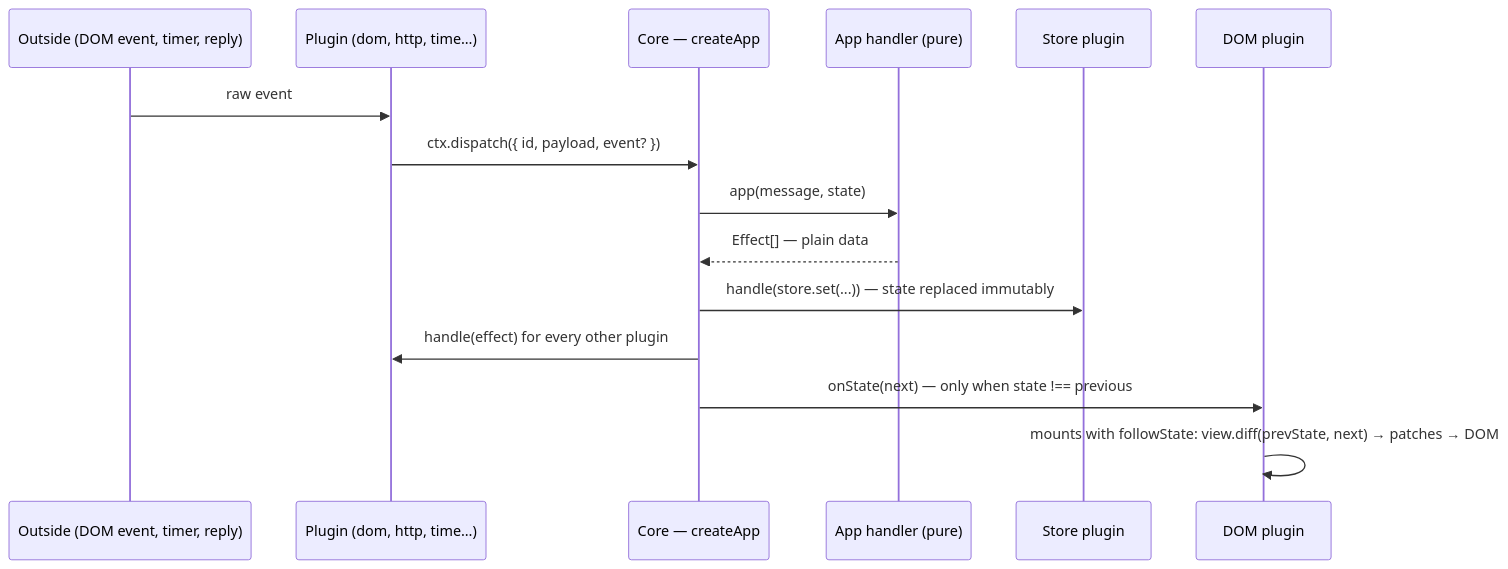
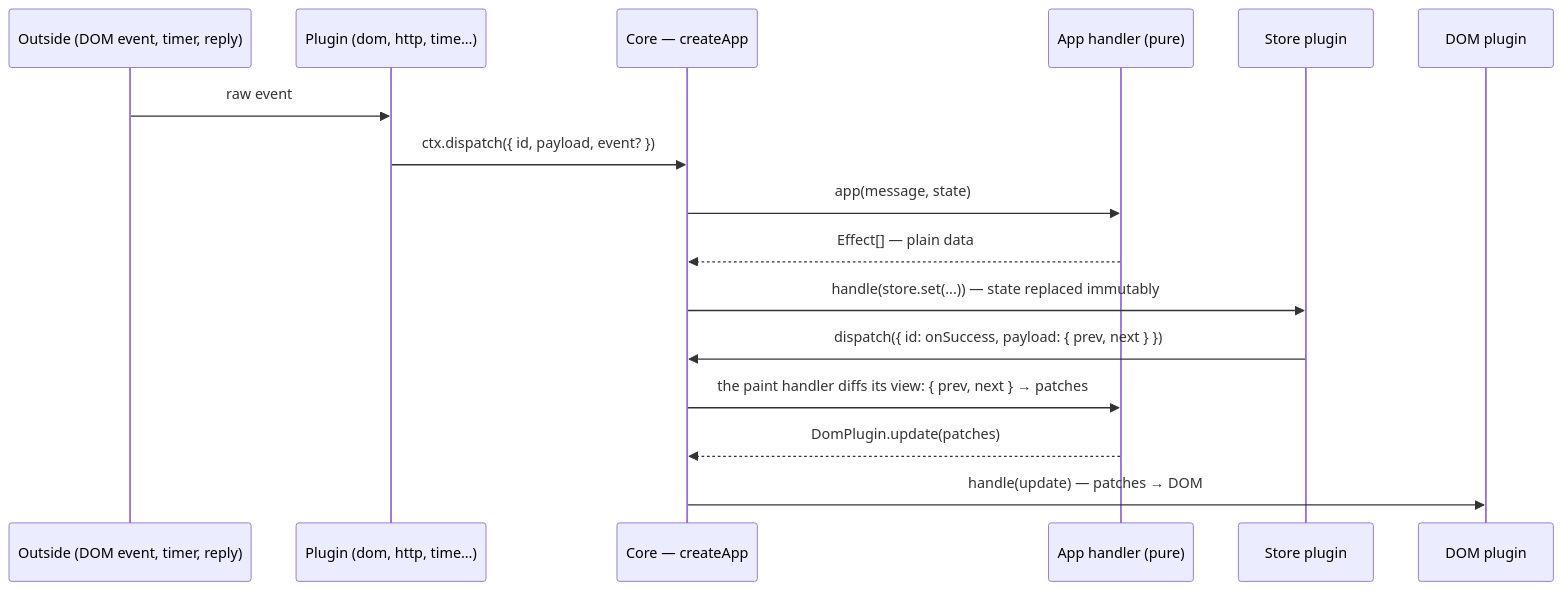
Before and after one commit to rysev-a/pavlus: the second of 4 diagrams in framework/docs/architecture.md, drawn with Mermaid. The commit also changed other lines of this file and 35 other files, not shown here.

Commit message:
framework: DomPlugin is a class (mount/update/unmount with scoped patches), components slice paint payloads, no slot PoC left

````diff
--- a/framework/docs/architecture.md
+++ b/framework/docs/architecture.md
@@ -108,18 +109,19 @@
 ```mermaid
 sequenceDiagram
     participant Src as Outside (DOM event, timer, reply)
     participant P as Plugin (dom, http, time…)
     participant C as Core — createApp
     participant A as App handler (pure)
     participant S as Store plugin
     participant D as DOM plugin
 
     Src->>P: raw event
     P->>C: ctx.dispatch({ id, payload, event? })
     C->>A: app(message, state)
     A-->>C: Effect[] — plain data
     C->>S: handle(store.set(...)) — state replaced immutably
-    C->>P: handle(effect) for every other plugin
-    C->>D: onState(next) — only when state !== previous
-    D->>D: mounts with followState: view.diff(prevState, next) → patches → DOM
+    S->>C: dispatch({ id: onSuccess, payload: { prev, next } })
+    C->>A: the paint handler diffs its view: { prev, next } → patches
+    A-->>C: DomPlugin.update(patches)
+    C->>D: handle(update) — patches → DOM
 ```
````
